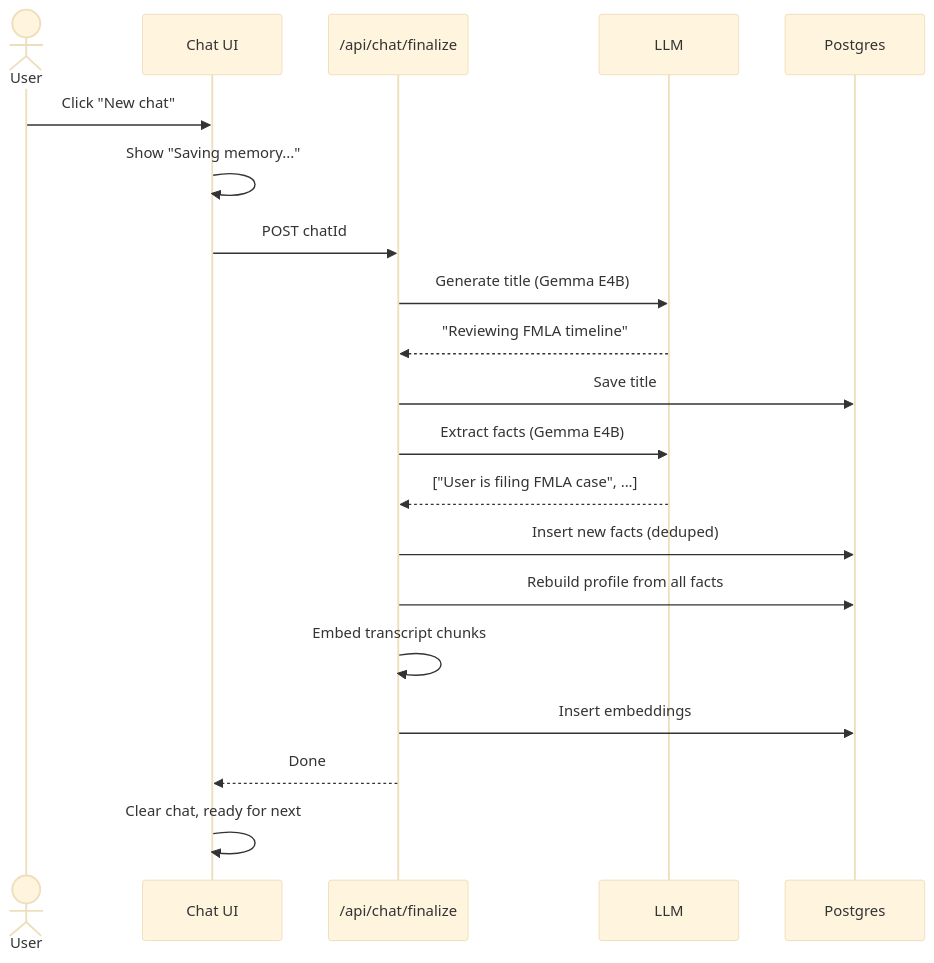
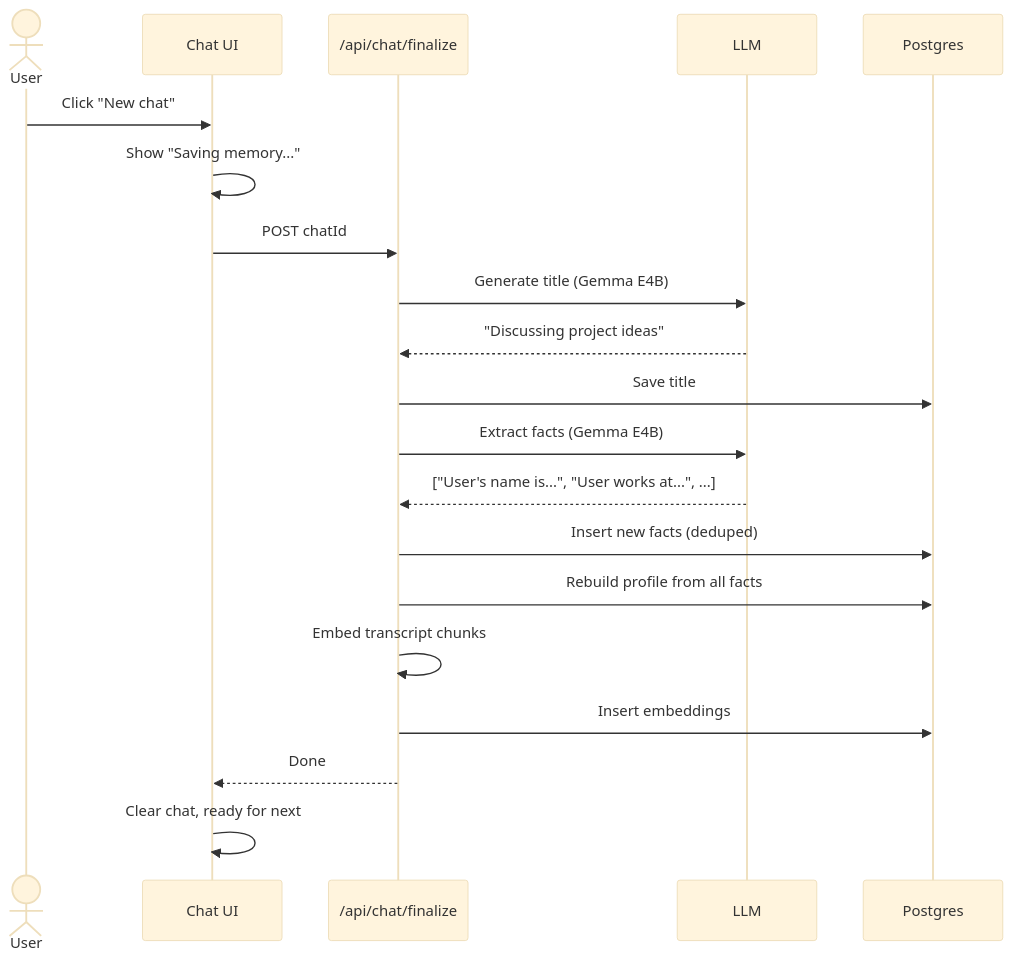
Before and after one commit to RealChrisSean/RecallMEM: the third of 4 diagrams in README.md, drawn with Mermaid (base theme). The commit also changed 1 other file, not shown here.

Commit message:
untrack DEVLOG.md and scrub personal references from README

````diff
--- a/README.md
+++ b/README.md
@@ -108,23 +108,23 @@
 ```mermaid
 sequenceDiagram
     actor User
     participant UI as Chat UI
     participant API as /api/chat/finalize
     participant LLM
     participant DB as Postgres
 
     User->>UI: Click "New chat"
     UI->>UI: Show "Saving memory..."
     UI->>API: POST chatId
     API->>LLM: Generate title (Gemma E4B)
-    LLM-->>API: "Reviewing FMLA timeline"
+    LLM-->>API: "Discussing project ideas"
     API->>DB: Save title
     API->>LLM: Extract facts (Gemma E4B)
-    LLM-->>API: ["User is filing FMLA case", ...]
+    LLM-->>API: ["User's name is...", "User works at...", ...]
     API->>DB: Insert new facts (deduped)
     API->>DB: Rebuild profile from all facts
     API->>API: Embed transcript chunks
     API->>DB: Insert embeddings
     API-->>UI: Done
     UI->>UI: Clear chat, ready for next
 ```
````
